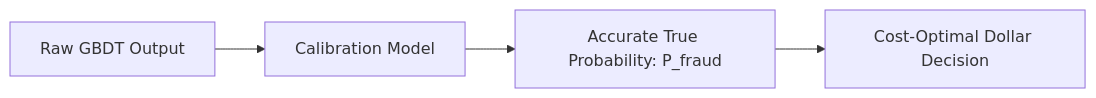
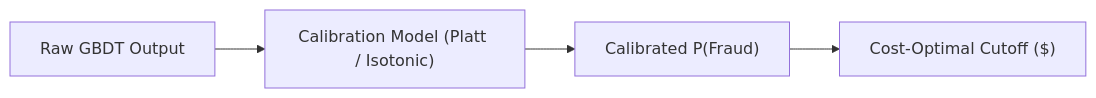
One commit to Realvincentyuan/fi_ds_interview_prep changed the diagram in docs/05_ml_algorithms/README.md. Above: the diagram before and after it, drawn with Mermaid. The commit also changed other lines of this file and 3 other files, not shown here.

````diff
--- a/docs/05_ml_algorithms/README.md
+++ b/docs/05_ml_algorithms/README.md
@@ -93,6 +138,6 @@
 ```mermaid
 flowchart LR
-    RawScore["Raw GBDT Output"] --> Calibrator["Calibration Model"]
-    Calibrator --> TrueProb["Accurate True Probability: P_fraud"]
-    TrueProb --> Threshold["Cost-Optimal Dollar Decision"]
+    RawScore["Raw GBDT Output"] --> Calibrator["Calibration Model (Platt / Isotonic)"]
+    Calibrator --> TrueProb["Calibrated P(Fraud)"]
+    TrueProb --> Threshold["Cost-Optimal Cutoff ($)"]
 ```
````
